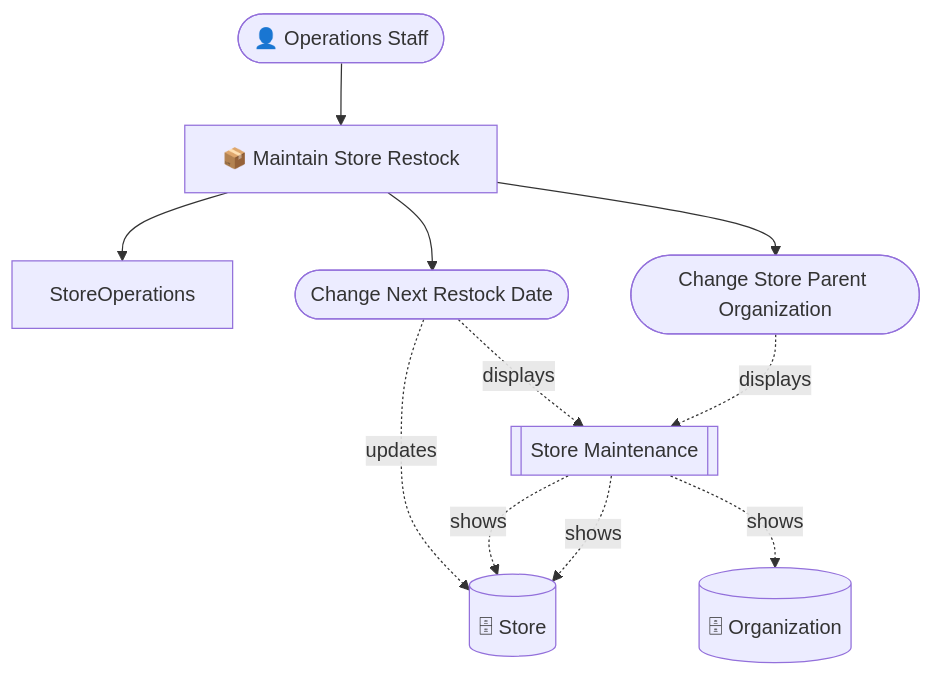
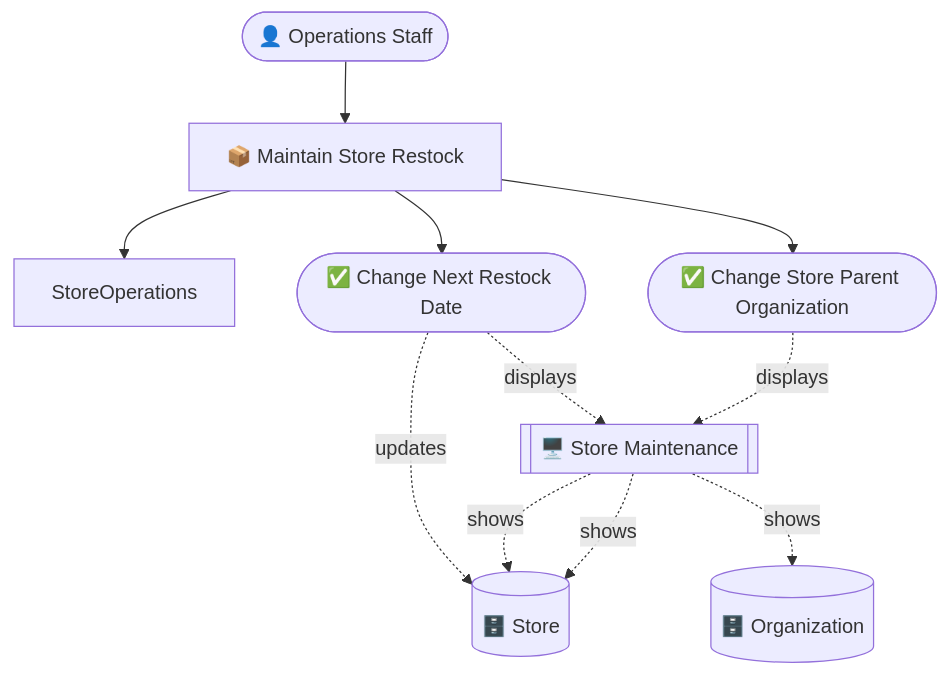
Before and after one commit to manji-0/rdra-ish-dsl: the first of 3 diagrams in samples/incremental-order/step-3-interaction-boundary/design.md, drawn with Mermaid. The commit also changed other lines of this file and 114 other files, not shown here.

Commit message:
feat: update rdra diagram layering

````diff
--- a/samples/incremental-order/step-3-interaction-boundary/design.md
+++ b/samples/incremental-order/step-3-interaction-boundary/design.md
@@ -48,20 +48,20 @@
 ```mermaid
 graph TD
   OpsStaff(["👤 Operations Staff"])
-  ChangeNextRestockDate(["Change Next Restock Date"])
-  ChangeStoreParentOrganization(["Change Store Parent Organization"])
+  ChangeNextRestockDate(["✅ Change Next Restock Date"])
+  ChangeStoreParentOrganization(["✅ Change Store Parent Organization"])
   BucStoreRestock["📦 Maintain Store Restock"]
-  Organization[("🗄 Organization")]
-  Store[("🗄 Store")]
-  StoreMaintenanceScreen[["Store Maintenance"]]
+  Organization[("🗄️ Organization")]
+  Store[("🗄️ Store")]
+  StoreMaintenanceScreen[["🖥️ Store Maintenance"]]
   OpsStaff --> BucStoreRestock
   BucStoreRestock --> StoreOperations
   BucStoreRestock --> ChangeNextRestockDate
   BucStoreRestock --> ChangeStoreParentOrganization
   StoreMaintenanceScreen -.->|shows| Store
   StoreMaintenanceScreen -.->|shows| Store
   StoreMaintenanceScreen -.->|shows| Organization
   ChangeNextRestockDate -.->|updates| Store
   ChangeNextRestockDate -.->|displays| StoreMaintenanceScreen
   ChangeStoreParentOrganization -.->|displays| StoreMaintenanceScreen
 ```
````
